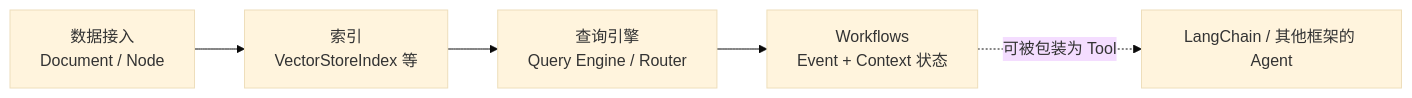
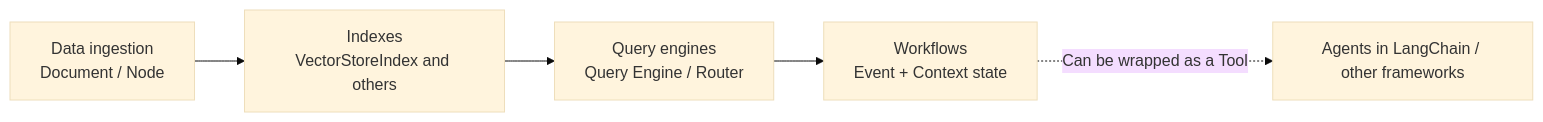
One commit to oneleaveknowsthefall/awesome-ai-roadmap changed the diagram in docs/frameworks/02-llamaindex/README.md. Above: the diagram before and after it, drawn with Mermaid (base theme). The commit also changed other lines of this file and 70 other files, not shown here.

````diff
--- a/docs/frameworks/02-llamaindex/README.md
+++ b/docs/frameworks/02-llamaindex/README.md
@@ -18,7 +18,7 @@
 ```mermaid
 flowchart LR
-    A[数据接入<br/>Document / Node] --> B[索引<br/>VectorStoreIndex 等]
-    B --> C[查询引擎<br/>Query Engine / Router]
-    C --> D[Workflows<br/>Event + Context 状态]
-    D -.可被包装为 Tool.-> E[LangChain / 其他框架的 Agent]
+    A[Data ingestion<br/>Document / Node] --> B[Indexes<br/>VectorStoreIndex and others]
+    B --> C[Query engines<br/>Query Engine / Router]
+    C --> D[Workflows<br/>Event + Context state]
+    D -.Can be wrapped as a Tool.-> E[Agents in LangChain / other frameworks]
 ```
````
